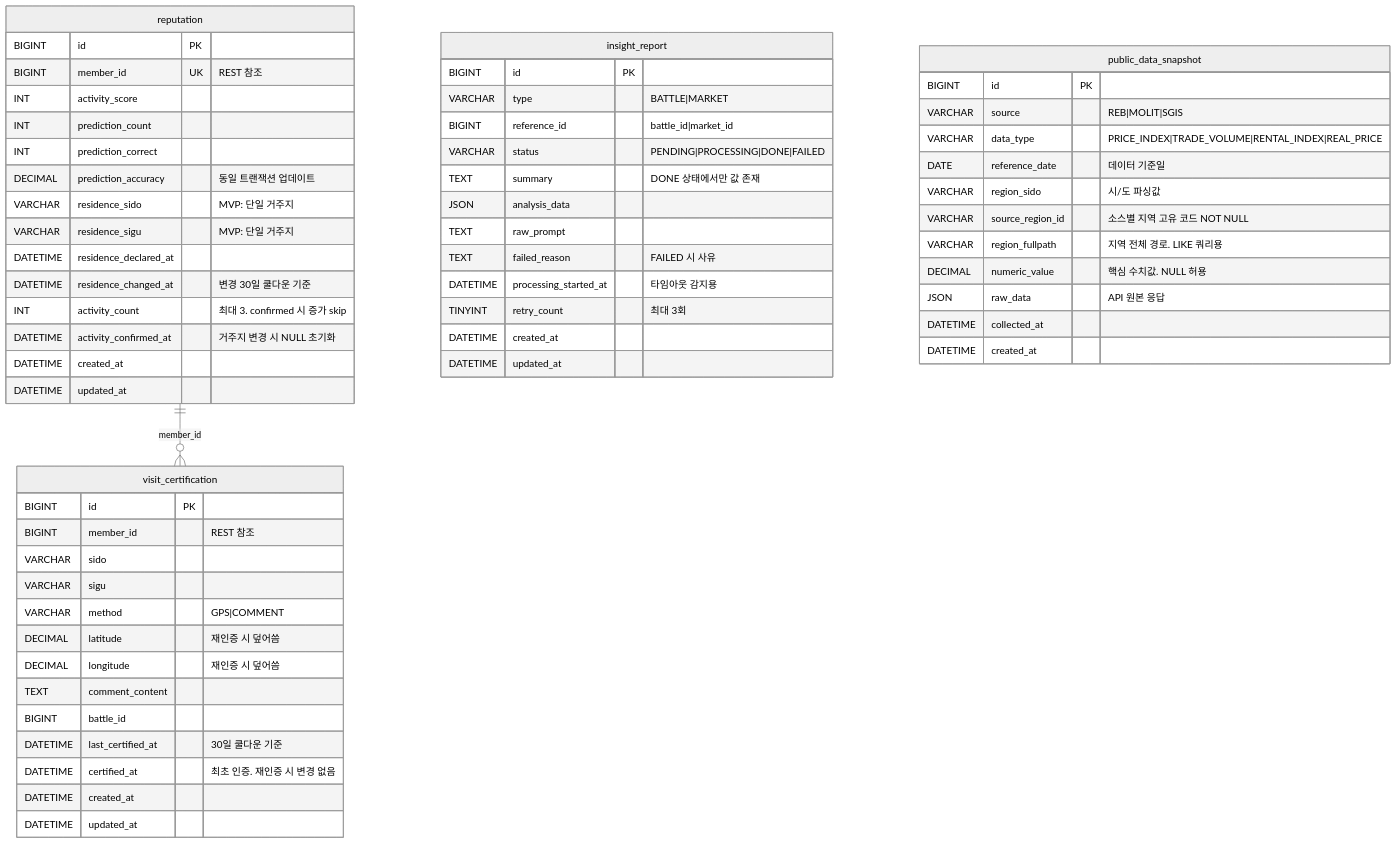
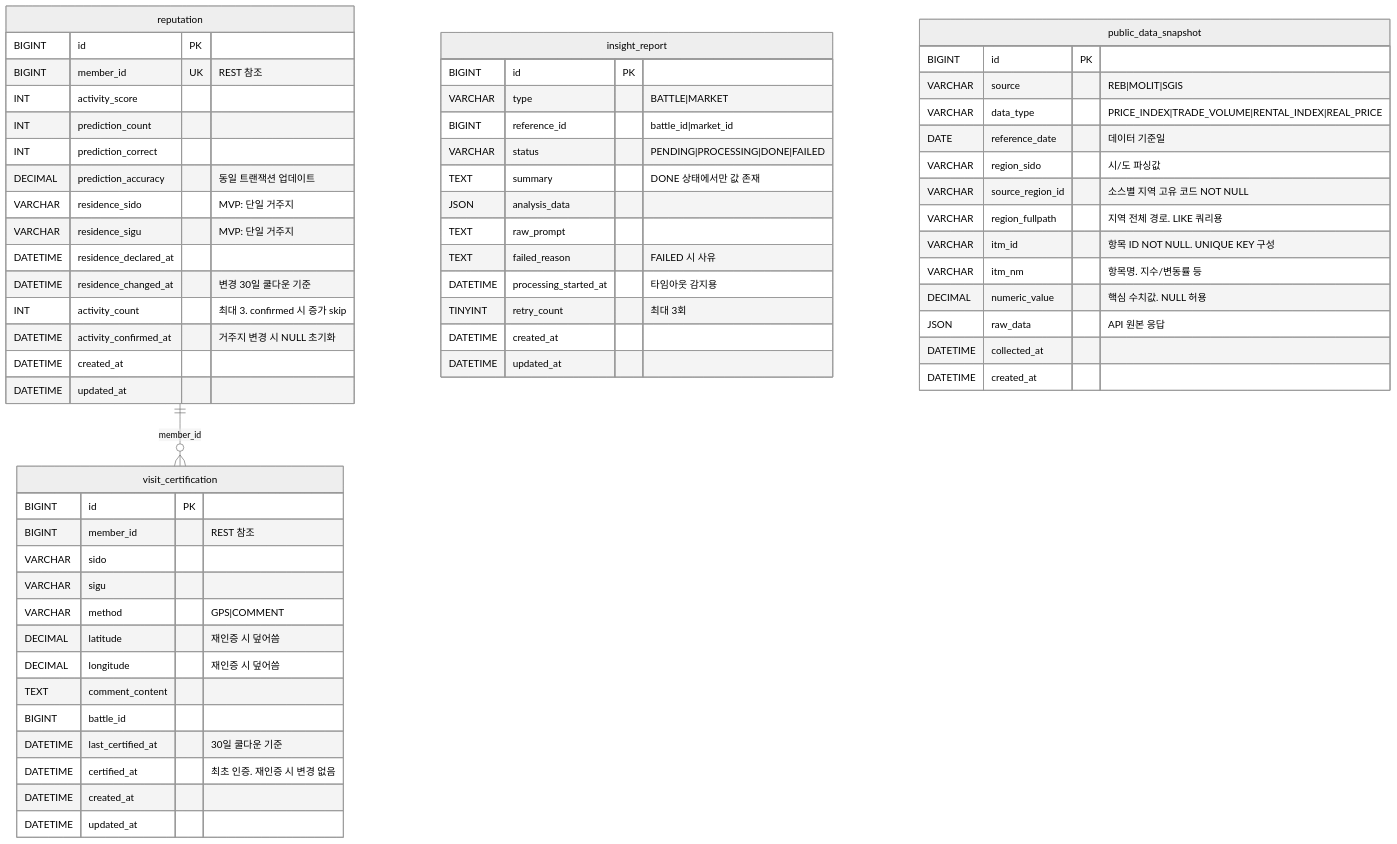
The diagram in docs/insight-reputation/INSIGHT_ERD.md (K-Ghwan99/todongsan), drawn with Mermaid (neutral theme) before and after one commit. The commit also changed other lines of this file and 8 other files, not shown here.

First line of the commit message:
feat: 공공 API 배치 수집 - ERD 호환 완성

````diff
--- a/docs/insight-reputation/INSIGHT_ERD.md
+++ b/docs/insight-reputation/INSIGHT_ERD.md
@@ -166,66 +194,68 @@
 ```mermaid
 erDiagram
     reputation {
         BIGINT id PK
         BIGINT member_id UK "REST 참조"
         INT activity_score
         INT prediction_count
         INT prediction_correct
         DECIMAL prediction_accuracy "동일 트랜잭션 업데이트"
         VARCHAR residence_sido "MVP: 단일 거주지"
         VARCHAR residence_sigu "MVP: 단일 거주지"
         DATETIME residence_declared_at
         DATETIME residence_changed_at "변경 30일 쿨다운 기준"
         INT activity_count "최대 3. confirmed 시 증가 skip"
         DATETIME activity_confirmed_at "거주지 변경 시 NULL 초기화"
         DATETIME created_at
         DATETIME updated_at
     }
 
     visit_certification {
         BIGINT id PK
         BIGINT member_id "REST 참조"
         VARCHAR sido
         VARCHAR sigu
         VARCHAR method "GPS|COMMENT"
         DECIMAL latitude "재인증 시 덮어씀"
         DECIMAL longitude "재인증 시 덮어씀"
         TEXT comment_content
         BIGINT battle_id
         DATETIME last_certified_at "30일 쿨다운 기준"
         DATETIME certified_at "최초 인증. 재인증 시 변경 없음"
         DATETIME created_at
         DATETIME updated_at
     }
 
     insight_report {
         BIGINT id PK
         VARCHAR type "BATTLE|MARKET"
         BIGINT reference_id "battle_id|market_id"
         VARCHAR status "PENDING|PROCESSING|DONE|FAILED"
         TEXT summary "DONE 상태에서만 값 존재"
         JSON analysis_data
         TEXT raw_prompt
         TEXT failed_reason "FAILED 시 사유"
         DATETIME processing_started_at "타임아웃 감지용"
         TINYINT retry_count "최대 3회"
         DATETIME created_at
         DATETIME updated_at
     }
 
     public_data_snapshot {
         BIGINT id PK
         VARCHAR source "REB|MOLIT|SGIS"
         VARCHAR data_type "PRICE_INDEX|TRADE_VOLUME|RENTAL_INDEX|REAL_PRICE"
         DATE reference_date "데이터 기준일"
         VARCHAR region_sido "시/도 파싱값"
         VARCHAR source_region_id "소스별 지역 고유 코드 NOT NULL"
         VARCHAR region_fullpath "지역 전체 경로. LIKE 쿼리용"
+        VARCHAR itm_id "항목 ID NOT NULL. UNIQUE KEY 구성"
+        VARCHAR itm_nm "항목명. 지수/변동률 등"
         DECIMAL numeric_value "핵심 수치값. NULL 허용"
         JSON raw_data "API 원본 응답"
         DATETIME collected_at
         DATETIME created_at
     }
 
     reputation ||--o{ visit_certification : member_id
 ```
````
